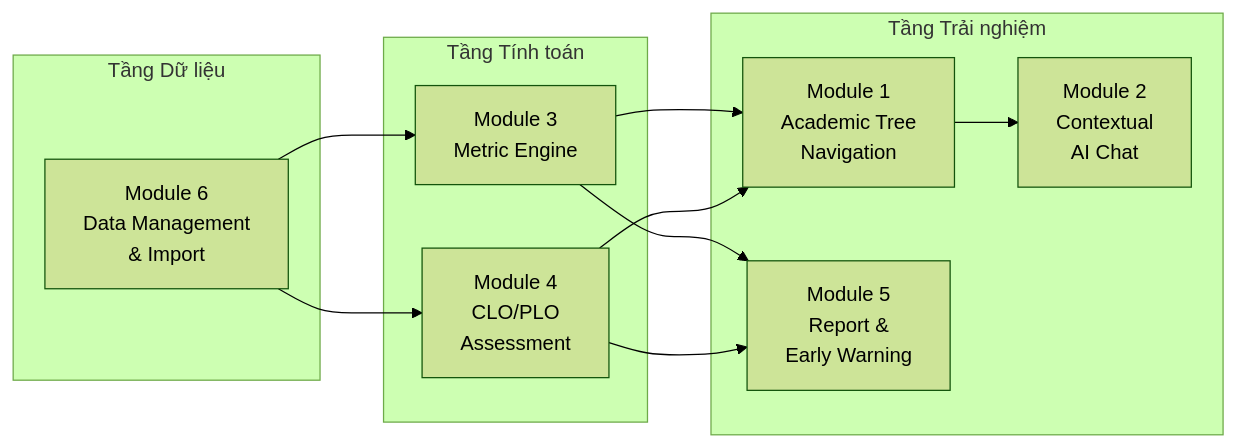
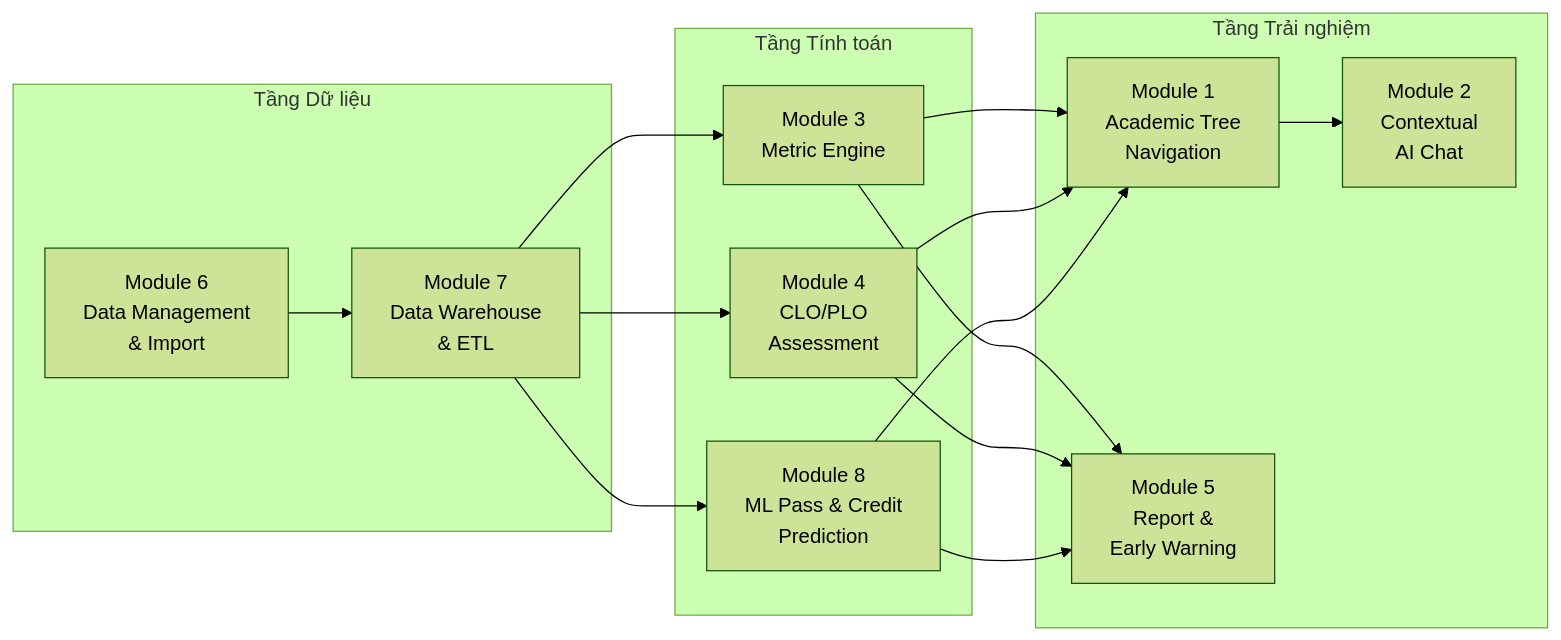
Before and after one commit to ritvien/-Learning-Analytics-AI: the first of 8 diagrams in docs/02-PRD/PRD.md, drawn with Mermaid (forest theme). The commit also changed other lines of this file and 45 other files, not shown here.

````diff
--- a/docs/02-PRD/PRD.md
+++ b/docs/02-PRD/PRD.md
@@ -23,25 +23,31 @@
 ```mermaid
 graph LR
     subgraph "Tầng Dữ liệu"
         M6["Module 6<br/>Data Management<br/>& Import"]
+        M7["Module 7<br/>Data Warehouse<br/>& ETL"]
     end
 
     subgraph "Tầng Tính toán"
         M3["Module 3<br/>Metric Engine"]
         M4["Module 4<br/>CLO/PLO<br/>Assessment"]
+        M8["Module 8<br/>ML Pass & Credit<br/>Prediction"]
     end
 
     subgraph "Tầng Trải nghiệm"
         M1["Module 1<br/>Academic Tree<br/>Navigation"]
         M2["Module 2<br/>Contextual<br/>AI Chat"]
         M5["Module 5<br/>Report &<br/>Early Warning"]
     end
 
-    M6 --> M3
-    M6 --> M4
+    M6 --> M7
+    M7 --> M3
+    M7 --> M4
+    M7 --> M8
     M3 --> M1
     M4 --> M1
+    M8 --> M1
     M1 --> M2
     M3 --> M5
     M4 --> M5
+    M8 --> M5
 ```
````
